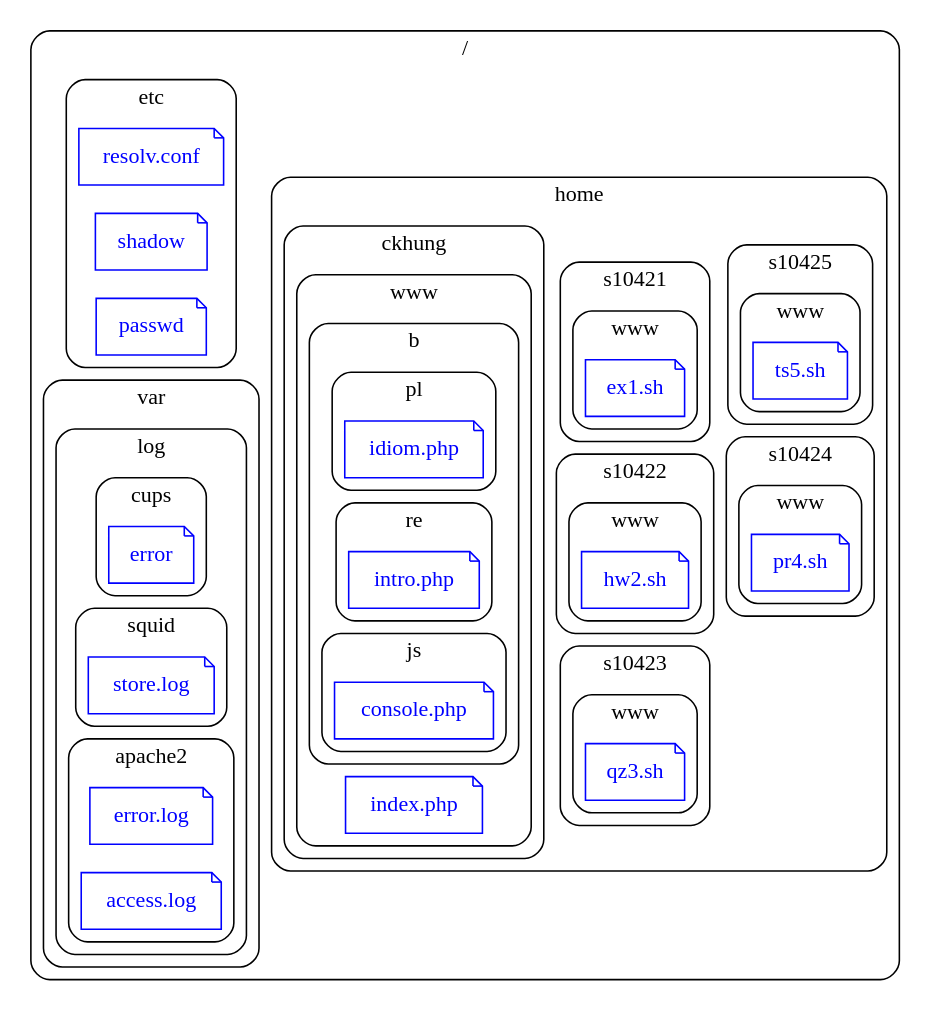
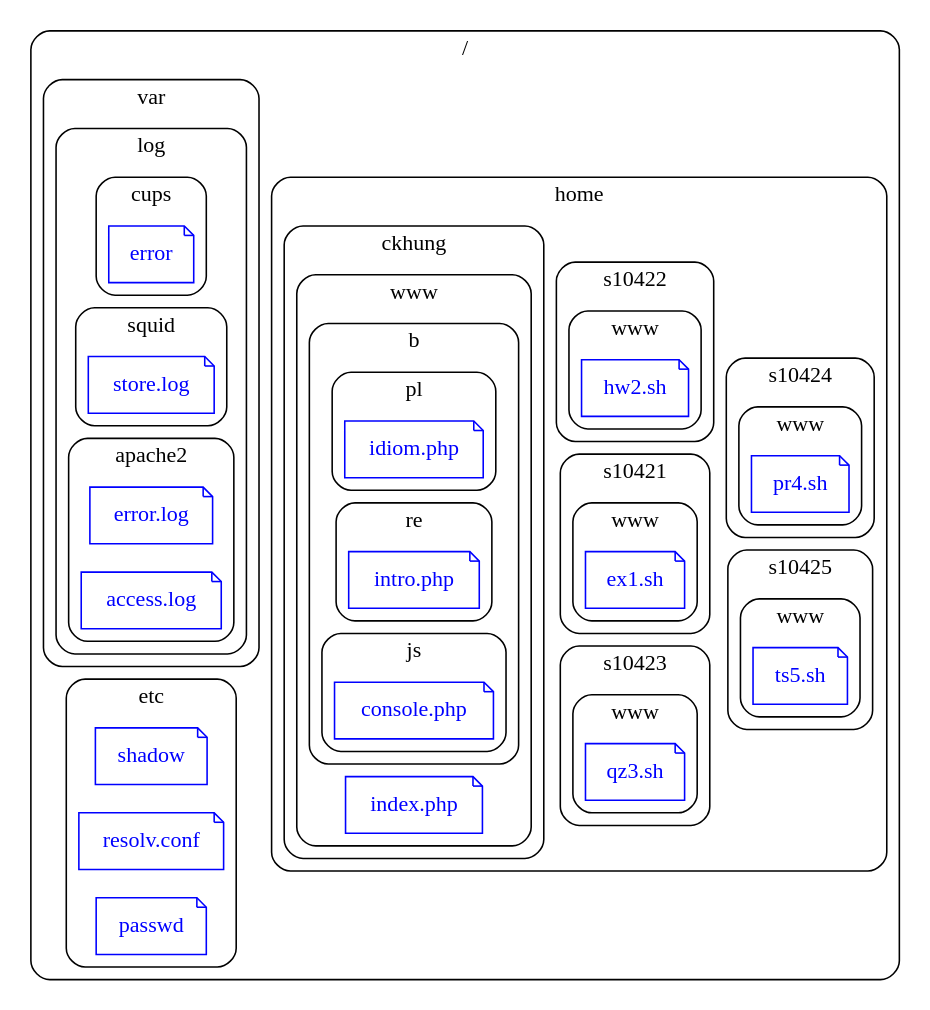
Before and after one commit to ckhung/dirtree2dot: the diagram in ex1.dot, drawn with Graphviz. The commit also changed 10 other files, not shown here.

```diff
--- a/ex1.dot
+++ b/ex1.dot
@@ -1,100 +1,99 @@
-digraph G{
+digraph G {
   rankdir = LR;
   overlap = scale;
   # http://www.graphviz.org/content/global-subgraph-style-statements
   graph [shape="folder", style="rounded"];
   node [shape="note", color="blue", fontcolor="blue"];
-  edge [style=invis];
   subgraph "cluster" {
     label="/";
+    subgraph "cluster/var" {
+      label="var";
+      subgraph "cluster/var/log" {
+        label="log";
+        subgraph "cluster/var/log/cups" {
+          label="cups";
+          "/var/log/cups/error" [ label="error"];
+        }
+        subgraph "cluster/var/log/squid" {
+          label="squid";
+          "/var/log/squid/store.log" [ label="store.log"];
+        }
+        subgraph "cluster/var/log/apache2" {
+          label="apache2";
+          "/var/log/apache2/error.log" [ label="error.log"];
+          "/var/log/apache2/access.log" [ label="access.log"];
+        }
+      }
+    }
     subgraph "cluster/etc" {
       label="etc";
+      "/etc/shadow" [ label="shadow"];
       "/etc/resolv.conf" [ label="resolv.conf"];
-      "/etc/shadow" [ label="shadow"];
       "/etc/passwd" [ label="passwd"];
     }
     subgraph "cluster/home" {
       label="home";
-      subgraph "cluster/home/s10424" {
-        label="s10424";
-        subgraph "cluster/home/s10424/www" {
-          label="www";
-          "/home/s10424/www/pr4.sh" [ label="pr4.sh"];
-        }
-      }
-      subgraph "cluster/home/s10423" {
-        label="s10423";
-        subgraph "cluster/home/s10423/www" {
-          label="www";
-          "/home/s10423/www/qz3.sh" [ label="qz3.sh"];
-        }
-      }
-      subgraph "cluster/home/s10425" {
-        label="s10425";
-        subgraph "cluster/home/s10425/www" {
-          label="www";
-          "/home/s10425/www/ts5.sh" [ label="ts5.sh"];
-        }
-      }
       subgraph "cluster/home/ckhung" {
         label="ckhung";
         subgraph "cluster/home/ckhung/www" {
           label="www";
           subgraph "cluster/home/ckhung/www/b" {
             label="b";
             subgraph "cluster/home/ckhung/www/b/pl" {
               label="pl";
               "/home/ckhung/www/b/pl/idiom.php" [ label="idiom.php"];
             }
             subgraph "cluster/home/ckhung/www/b/re" {
               label="re";
               "/home/ckhung/www/b/re/intro.php" [ label="intro.php"];
             }
             subgraph "cluster/home/ckhung/www/b/js" {
               label="js";
               "/home/ckhung/www/b/js/console.php" [ label="console.php"];
             }
           }
           "/home/ckhung/www/index.php" [ label="index.php"];
         }
       }
-      subgraph "cluster/home/s10422" {
-        label="s10422";
-        subgraph "cluster/home/s10422/www" {
+      subgraph "cluster/home/s10423" {
+        label="s10423";
+        subgraph "cluster/home/s10423/www" {
           label="www";
-          "/home/s10422/www/hw2.sh" [ label="hw2.sh"];
+          "/home/s10423/www/qz3.sh" [ label="qz3.sh"];
+        }
+      }
+      subgraph "cluster/home/s10425" {
+        label="s10425";
+        subgraph "cluster/home/s10425/www" {
+          label="www";
+          "/home/s10425/www/ts5.sh" [ label="ts5.sh"];
         }
       }
       subgraph "cluster/home/s10421" {
         label="s10421";
         subgraph "cluster/home/s10421/www" {
           label="www";
           "/home/s10421/www/ex1.sh" [ label="ex1.sh"];
         }
       }
-    }
-    subgraph "cluster/var" {
-      label="var";
-      subgraph "cluster/var/log" {
-        label="log";
-        subgraph "cluster/var/log/cups" {
-          label="cups";
-          "/var/log/cups/error" [ label="error"];
+      subgraph "cluster/home/s10422" {
+        label="s10422";
+        subgraph "cluster/home/s10422/www" {
+          label="www";
+          "/home/s10422/www/hw2.sh" [ label="hw2.sh"];
         }
-        subgraph "cluster/var/log/squid" {
-          label="squid";
-          "/var/log/squid/store.log" [ label="store.log"];
-        }
-        subgraph "cluster/var/log/apache2" {
-          label="apache2";
-          "/var/log/apache2/error.log" [ label="error.log"];
-          "/var/log/apache2/access.log" [ label="access.log"];
+      }
+      subgraph "cluster/home/s10424" {
+        label="s10424";
+        subgraph "cluster/home/s10424/www" {
+          label="www";
+          "/home/s10424/www/pr4.sh" [ label="pr4.sh"];
         }
       }
     }
   }
-  {"/etc/passwd" "/var/log/squid/store.log"} -> "/home/ckhung/www/b/re/intro.php";
-  "/home/ckhung/www/b/re/intro.php" -> { "/home/s10421/www/ex1.sh" "/home/s10422/www/hw2.sh" "/home/s10423/www/qz3.sh" };
-  "/home/s10421/www/ex1.sh" -> { "/home/s10424/www/pr4.sh" "/home/s10425/www/ts5.sh" };
+  {"/etc/passwd" "/var/log/squid/store.log"} -> "/home/ckhung/www/b/re/intro.php" [style=invis];
+  "/home/ckhung/www/b/re/intro.php" -> { "/home/s10421/www/ex1.sh" "/home/s10422/www/hw2.sh" "/home/s10423/www/qz3.sh" } [style=invis];
+  "/home/s10421/www/ex1.sh" -> { "/home/s10424/www/pr4.sh" "/home/s10425/www/ts5.sh" } [style=invis];
 
 }
```
